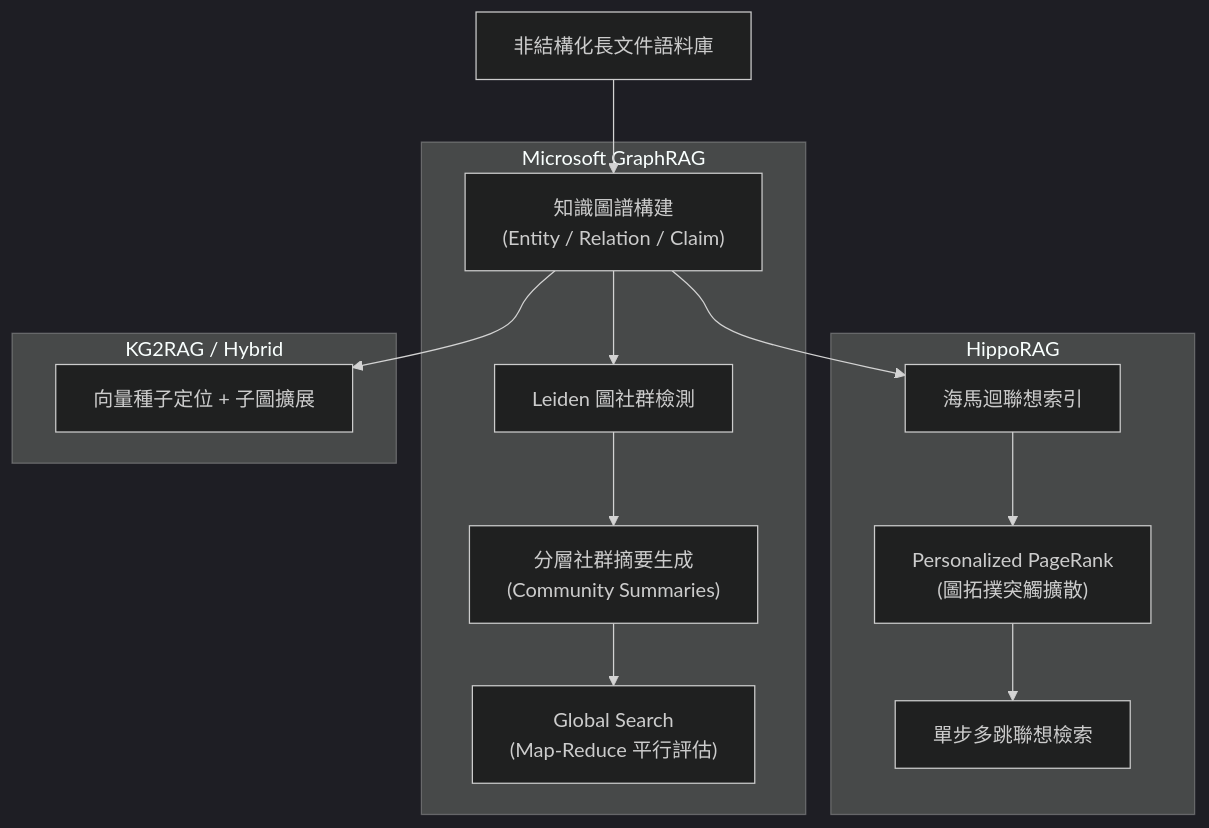
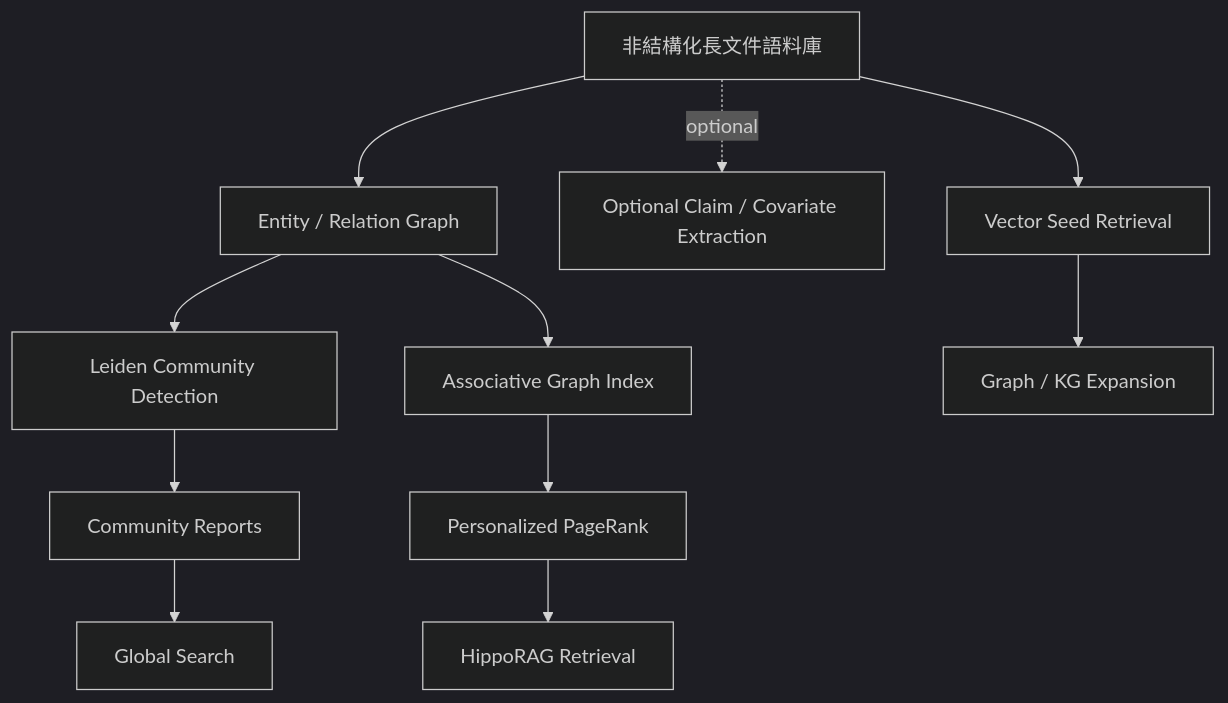
Before and after one commit to Cycl0n3-ga/RAG-survey: the diagram in 02 - 研究領域專題 (Research Domains)/Domain 05 - Graph RAG 與結構化知識 (Microsoft GraphRAG, HippoRAG).md, drawn with Mermaid (dark theme). The commit also changed other lines of this file, not shown here.

Commit message:
fix(graphrag): qualify claims, optional extraction and Mermaid

````diff
--- a/02 - 研究領域專題 (Research Domains)/Domain 05 - Graph RAG 與結構化知識 (Microsoft GraphRAG, HippoRAG).md
+++ b/02 - 研究領域專題 (Research Domains)/Domain 05 - Graph RAG 與結構化知識 (Microsoft GraphRAG, HippoRAG).md
@@ -28,20 +28,25 @@
 ```mermaid
-graph TD
-    DOC["非結構化長文件語料庫"] --> KG["知識圖譜構建<br>(Entity / Relation / Claim)"]
-    
-    subgraph Microsoft GraphRAG
-        KG --> LE["Leiden 圖社群檢測"]
-        LE --> CS["分層社群摘要生成<br>(Community Summaries)"]
-        CS --> GS["Global Search<br>(Map-Reduce 平行評估)"]
-    end
+flowchart TD
+    DOC["非結構化長文件語料庫"]
+    KG["Entity / Relation Graph"]
+    CLAIM["Optional Claim / Covariate Extraction"]
+    LE["Leiden Community Detection"]
+    CS["Community Reports"]
+    GS["Global Search"]
+    BIO["Associative Graph Index"]
+    PPR["Personalized PageRank"]
+    HR["HippoRAG Retrieval"]
+    SEED["Vector Seed Retrieval"]
+    EXP["Graph / KG Expansion"]
 
-    subgraph HippoRAG
-        KG --> BIO["海馬迴聯想索引"]
-        BIO --> PPR["Personalized PageRank<br>(圖拓撲突觸擴散)"]
-        PPR --> AR["單步多跳聯想檢索"]
-    end
-
-    subgraph KG2RAG / Hybrid
-        KG --> HS["向量種子定位 + 子圖擴展"]
-    end
+    DOC --> KG
+    DOC -. optional .-> CLAIM
+    KG --> LE
+    LE --> CS
+    CS --> GS
+    KG --> BIO
+    BIO --> PPR
+    PPR --> HR
+    DOC --> SEED
+    SEED --> EXP
 ```
````
